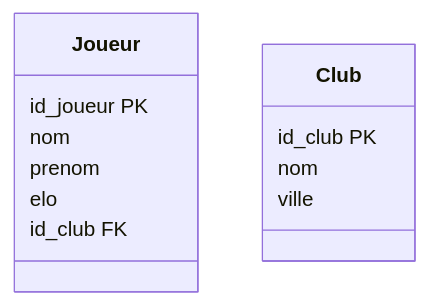
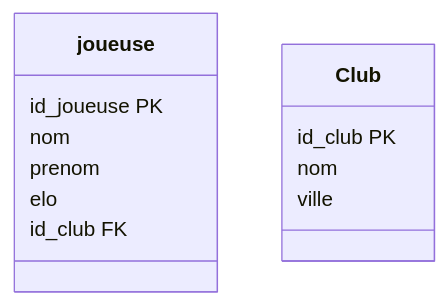
The third of 4 diagrams in doc/cours/bases-de-donnees.qmd (ludo2ne/ENSAI-1A-SQL), drawn with Mermaid before and after one commit. The commit also changed other lines of this file and 1 other file, not shown here.

````diff
--- a/doc/cours/bases-de-donnees.qmd
+++ b/doc/cours/bases-de-donnees.qmd
@@ -161,16 +186,16 @@
 ```{mermaid}
 classDiagram
-    class Joueur {
-        id_joueur PK
+    class joueuse {
+        id_joueuse PK
         nom
         prenom
         elo
         id_club FK
     }
     
     class Club {
         id_club PK
         nom
         ville
     }
 ```
````
